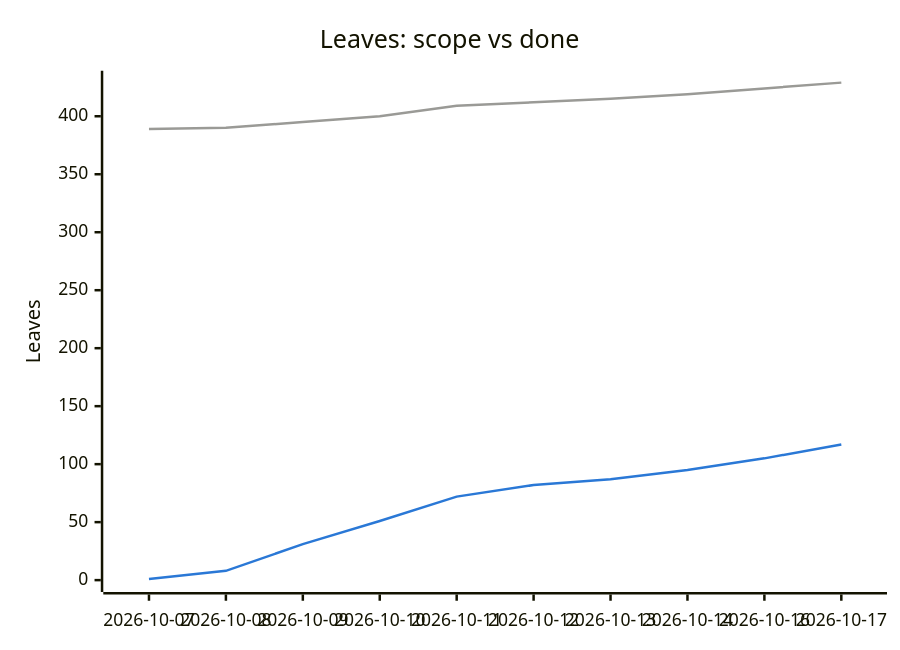
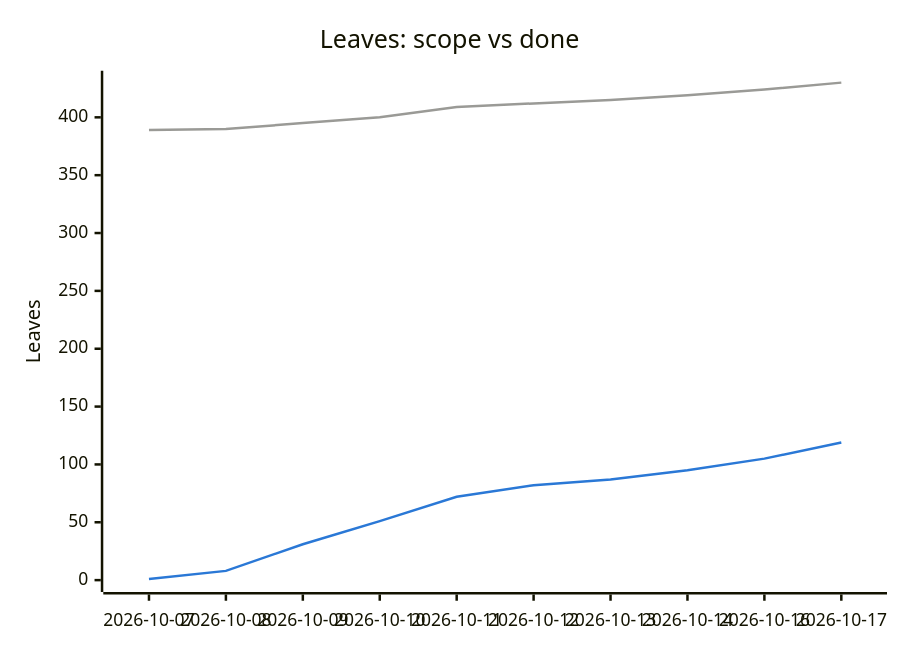
Before and after one commit to tomiok/persiaDB: the second of 2 diagrams in PROGRESS.md, drawn with Mermaid. The commit also changed other lines of this file and 12 other files, not shown here.

First line of the commit message:
Compaction streams frames in bounded memory; kill -9 loop tears appends (ROADMAP 2.4.17, 2.4.20) (#7)

````diff
--- a/PROGRESS.md
+++ b/PROGRESS.md
@@ -105,14 +105,14 @@
 ```mermaid
 ---
 config:
   themeVariables:
     xyChart:
       plotColorPalette: "#9a9a96, #2a78d6"
 ---
 xychart-beta
   title "Leaves: scope vs done"
   x-axis ["2026-10-07", "2026-10-08", "2026-10-09", "2026-10-10", "2026-10-11", "2026-10-12", "2026-10-13", "2026-10-14", "2026-10-16", "2026-10-17"]
-  y-axis "Leaves" 0 --> 429
-  line [389, 390, 395, 400, 409, 412, 415, 419, 424, 429]
-  line [1, 8, 31, 51, 72, 82, 87, 95, 105, 117]
+  y-axis "Leaves" 0 --> 430
+  line [389, 390, 395, 400, 409, 412, 415, 419, 424, 430]
+  line [1, 8, 31, 51, 72, 82, 87, 95, 105, 119]
 ```
````
